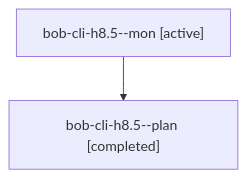
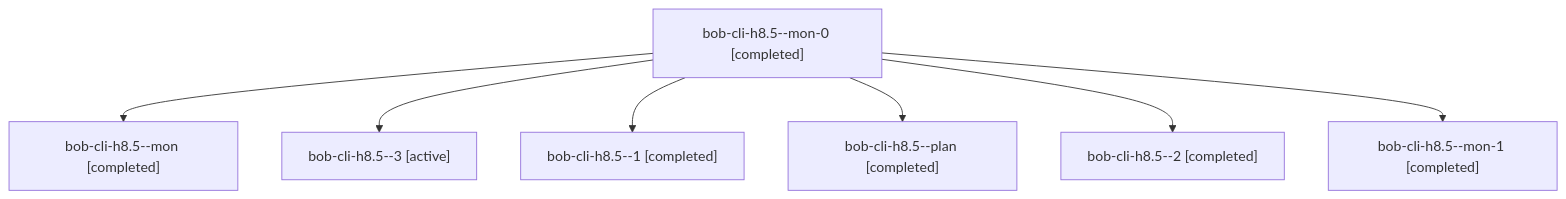
Before and after one commit to bobs-org/bob-cli--agents: the diagram in sessions/bbugyi200.athena.bob-cli-h8.5.md, drawn with Mermaid. The commit also changed other lines of this file and 119 other files, not shown here.

````diff
--- a/sessions/bbugyi200.athena.bob-cli-h8.5.md
+++ b/sessions/bbugyi200.athena.bob-cli-h8.5.md
@@ -9,6 +9,16 @@
 ```mermaid
 flowchart TD
-  n0["bob-cli-h8.5--mon [active]"]
-  n1["bob-cli-h8.5--plan [completed]"]
+  n0["bob-cli-h8.5--mon-0 [completed]"]
+  n1["bob-cli-h8.5--mon [completed]"]
   n0 --> n1
+  n2["bob-cli-h8.5--3 [active]"]
+  n0 --> n2
+  n3["bob-cli-h8.5--1 [completed]"]
+  n0 --> n3
+  n4["bob-cli-h8.5--plan [completed]"]
+  n0 --> n4
+  n5["bob-cli-h8.5--2 [completed]"]
+  n0 --> n5
+  n6["bob-cli-h8.5--mon-1 [completed]"]
+  n0 --> n6
 ```
````
